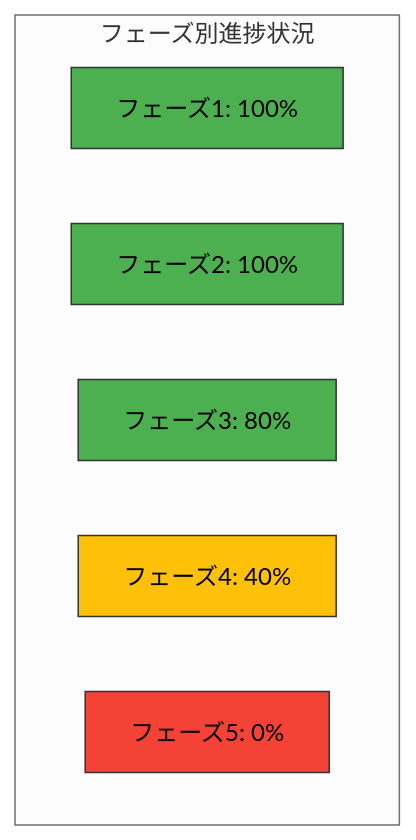
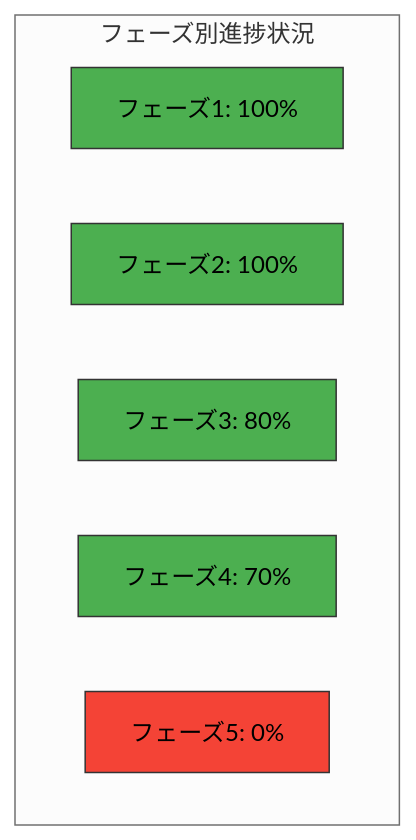
The second of 2 diagrams in docs/PLAN_AND_PROGRESS.md (ToyB0x/git-resume), drawn with Mermaid (neutral theme) before and after one commit. The commit also changed other lines of this file and 2 other files, not shown here.

````diff
--- a/docs/PLAN_AND_PROGRESS.md
+++ b/docs/PLAN_AND_PROGRESS.md
@@ -130,16 +132,16 @@
 ```mermaid
 graph TD
     subgraph "フェーズ別進捗状況"
     A["フェーズ1: 100%"]
     B["フェーズ2: 100%"]
     C["フェーズ3: 80%"]
-    D["フェーズ4: 40%"]
+    D["フェーズ4: 70%"]
     E["フェーズ5: 0%"]
     end
     
     style A fill:#4CAF50,stroke:#333,stroke-width:1px
     style B fill:#4CAF50,stroke:#333,stroke-width:1px
     style C fill:#4CAF50,stroke:#333,stroke-width:1px
-    style D fill:#FFC107,stroke:#333,stroke-width:1px
+    style D fill:#4CAF50,stroke:#333,stroke-width:1px
     style E fill:#F44336,stroke:#333,stroke-width:1px
 ```
````
